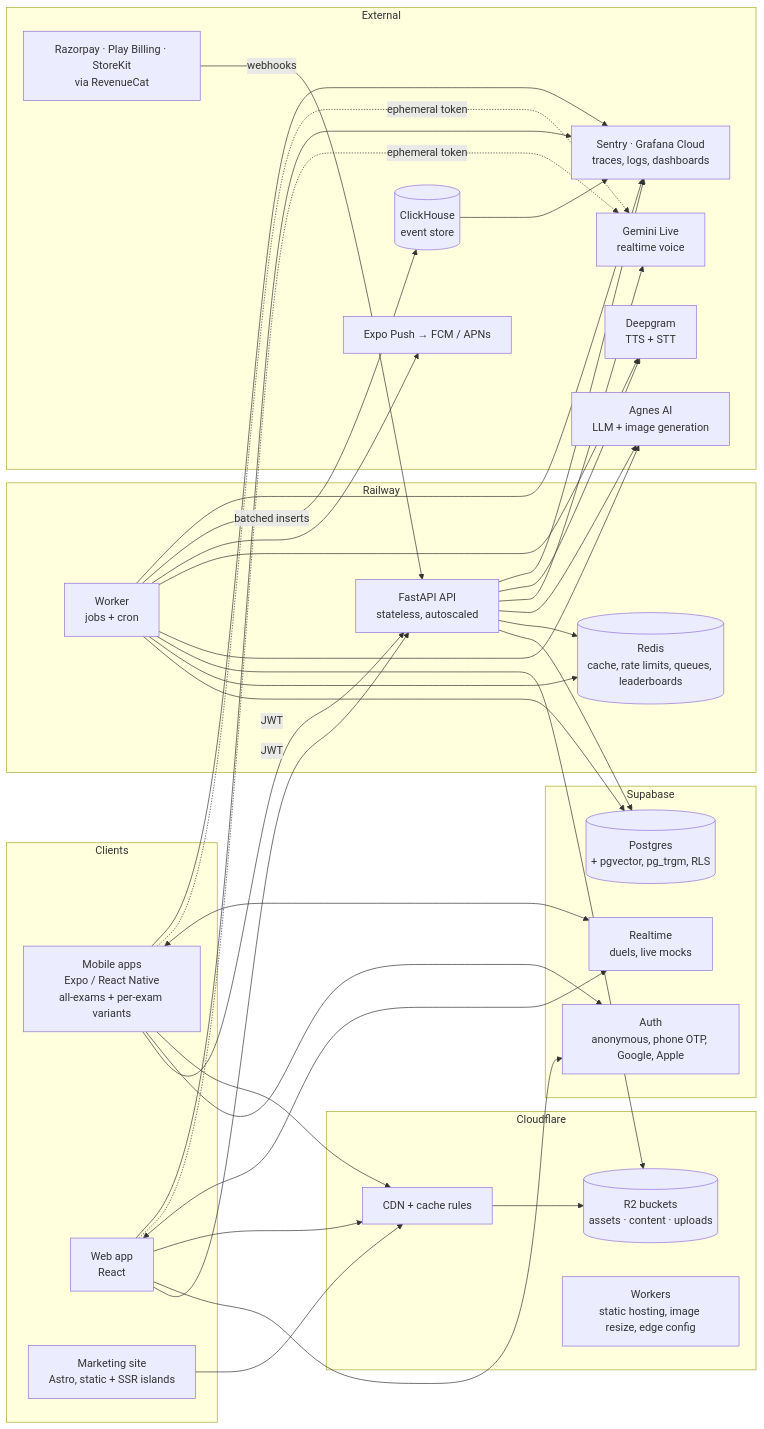
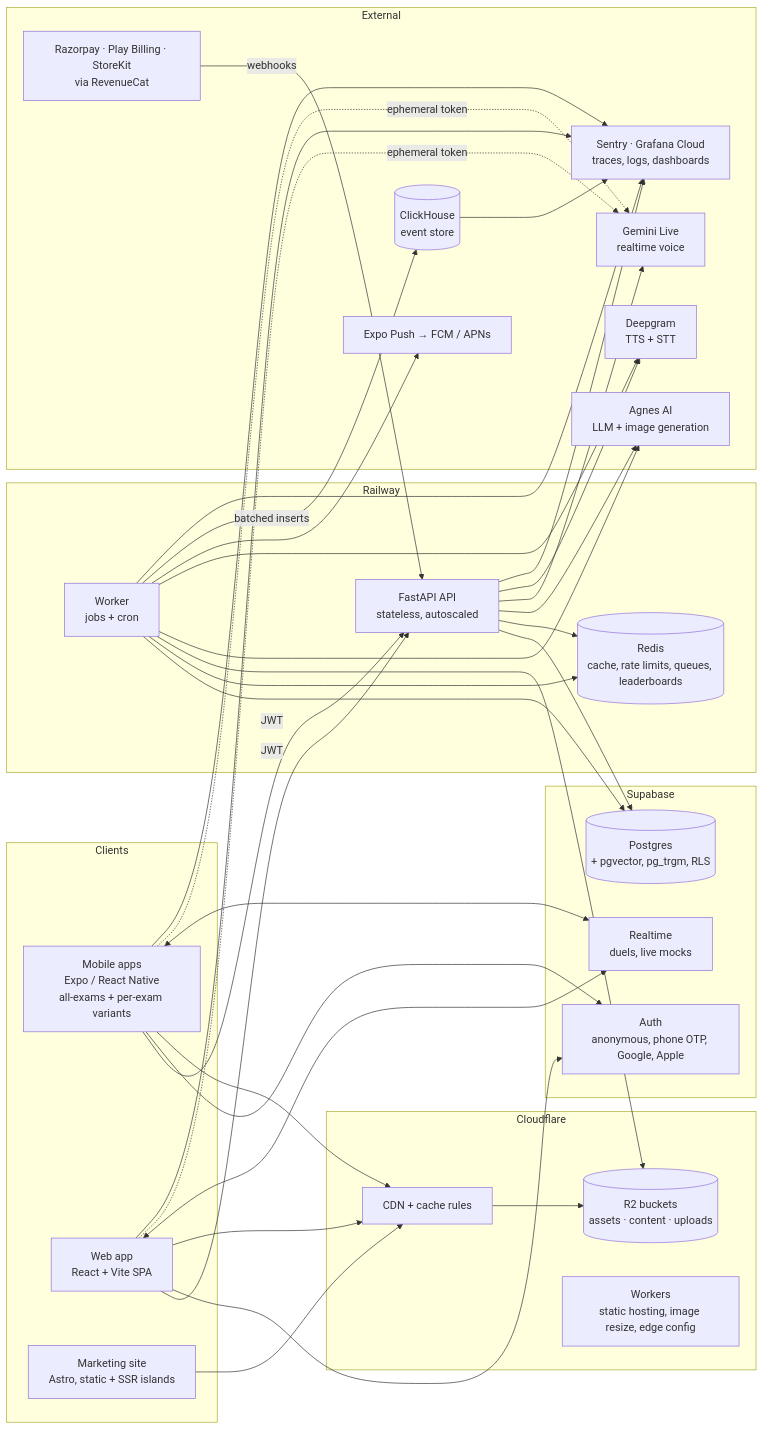
The first of 2 diagrams in docs/TRD.md (saksham1991999/smriti), drawn with Mermaid before and after one commit. The commit also changed other lines of this file and 23 other files, not shown here.

First line of the commit message:
Switch to a separate React web app and add Agnes API details

````diff
--- a/docs/TRD.md
+++ b/docs/TRD.md
@@ -25,48 +25,48 @@
 ```mermaid
 flowchart LR
   subgraph Clients
     M[Mobile apps<br/>Expo / React Native<br/>all-exams + per-exam variants]
-    W[Web app<br/>React]
+    W[Web app<br/>React + Vite SPA]
     S[Marketing site<br/>Astro, static + SSR islands]
   end
   subgraph Cloudflare
     CDN[CDN + cache rules]
     R2[(R2 buckets<br/>assets · content · uploads)]
     WK[Workers<br/>static hosting, image resize, edge config]
   end
   subgraph Railway
     API[FastAPI API<br/>stateless, autoscaled]
     WRK[Worker<br/>jobs + cron]
     RDS[(Redis<br/>cache, rate limits, queues, leaderboards)]
   end
   subgraph Supabase
     AUTH[Auth<br/>anonymous, phone OTP, Google, Apple]
     PG[(Postgres<br/>+ pgvector, pg_trgm, RLS)]
     RT[Realtime<br/>duels, live mocks]
   end
   subgraph External
     AGN[Agnes AI<br/>LLM + image generation]
     VOICE[Gemini Live<br/>realtime voice]
     DG[Deepgram<br/>TTS + STT]
     CH[(ClickHouse<br/>event store)]
     PAY[Razorpay · Play Billing · StoreKit<br/>via RevenueCat]
     PUSH[Expo Push → FCM / APNs]
     OBS[Sentry · Grafana Cloud<br/>traces, logs, dashboards]
   end
   M & W -->|JWT| API
   M & W --> AUTH
   M & W --> CDN --> R2
   S --> CDN
   M & W <--> RT
   API --> PG
   API --> RDS
   WRK --> PG & RDS & R2
   API --> AGN & VOICE & DG
   WRK --> AGN & DG
   M & W -.->|ephemeral token| VOICE
   PAY -->|webhooks| API
   WRK --> PUSH
   WRK -->|batched inserts| CH
   CH --> OBS
   M & W & API & WRK --> OBS
 ```
````
